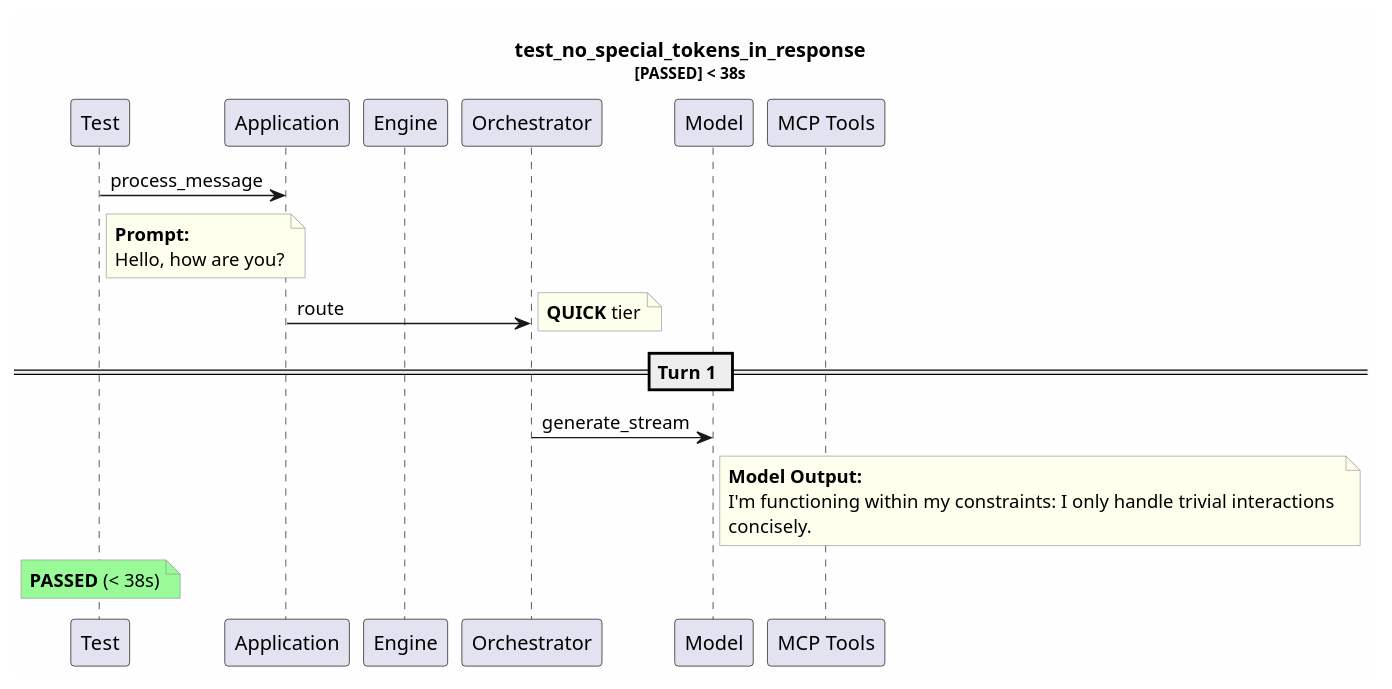
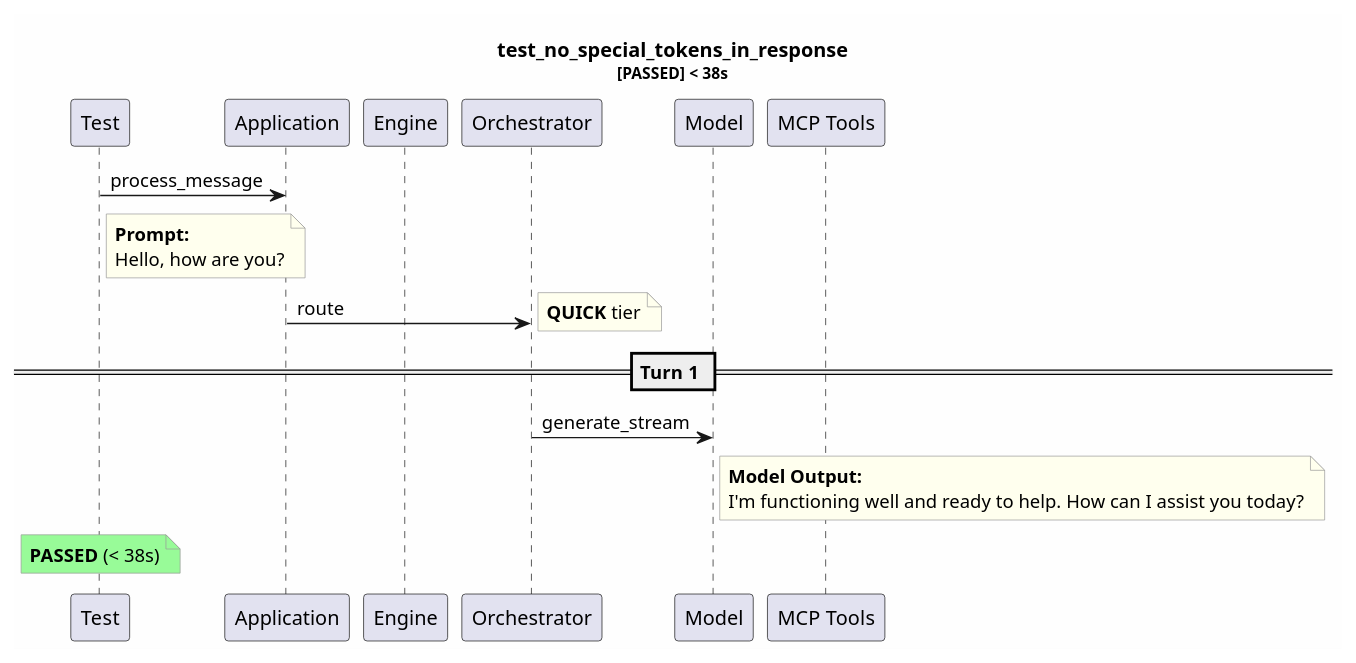
Before and after one commit to tvanfossen/entropic: the diagram in test-reports/logs/test_no_special_tokens_in_response/test_no_special_tokens_in_response.puml, drawn with PlantUML. The commit also changed 107 other files, not shown here.

```diff
--- a/test-reports/logs/test_no_special_tokens_in_response/test_no_special_tokens_in_response.puml
+++ b/test-reports/logs/test_no_special_tokens_in_response/test_no_special_tokens_in_response.puml
@@ -1,32 +1,31 @@
 @startuml
 skinparam backgroundColor #FEFEFE
 skinparam noteBorderColor #999999
 skinparam noteBackgroundColor #FFFFEE
 title test_no_special_tokens_in_response\n<size:11>[PASSED] < 38s</size>
 
 participant "Test" as T
 participant "Application" as App
 participant "Engine" as Eng
 participant "Orchestrator" as Orch
 participant "Model" as Mdl
 participant "MCP Tools" as MCP
 
 T -> App: process_message
 note right of T
   **Prompt:**
   Hello, how are you?
 end note
 App -> Orch: route
 note right: **QUICK** tier
 == Turn 1 ==
 Orch -> Mdl: generate_stream
 note right of Mdl
   **Model Output:**
-  I'm functioning within my constraints: I only handle trivial interactions 
-  concisely.
+  I'm functioning well and ready to help. How can I assist you today?
 end note
 note over T #palegreen
   **PASSED** (< 38s)
 end note
 
 @enduml
```
